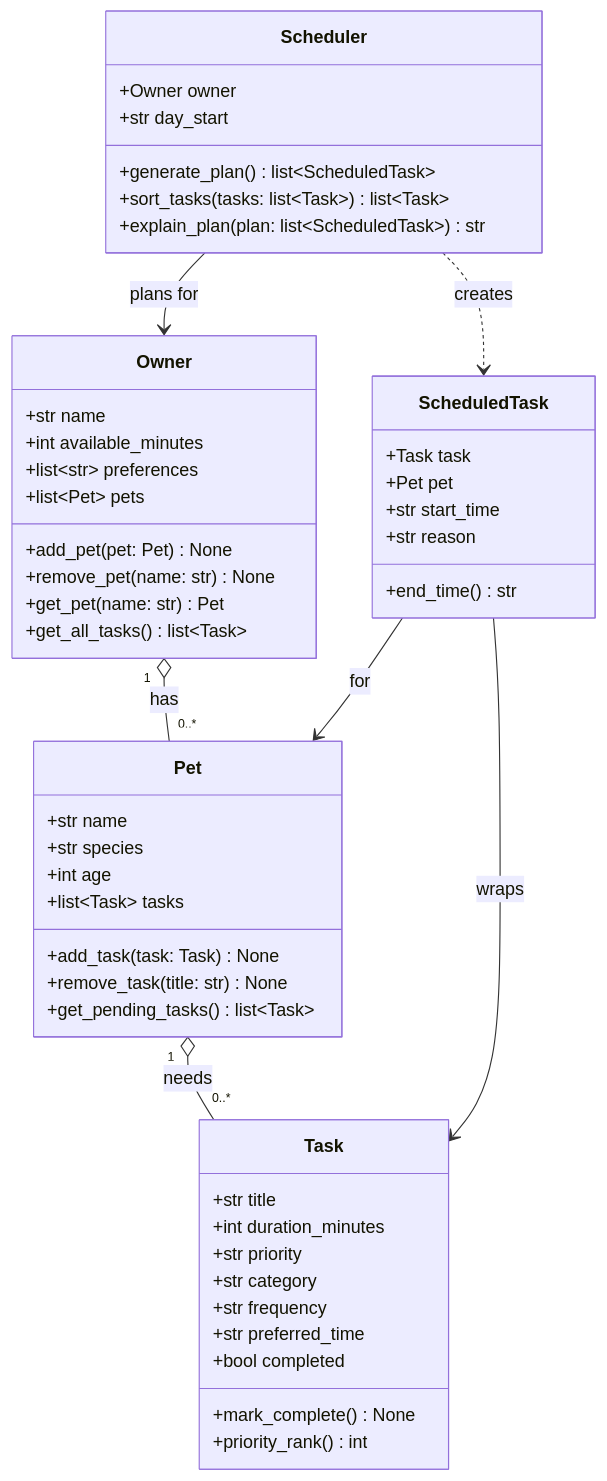
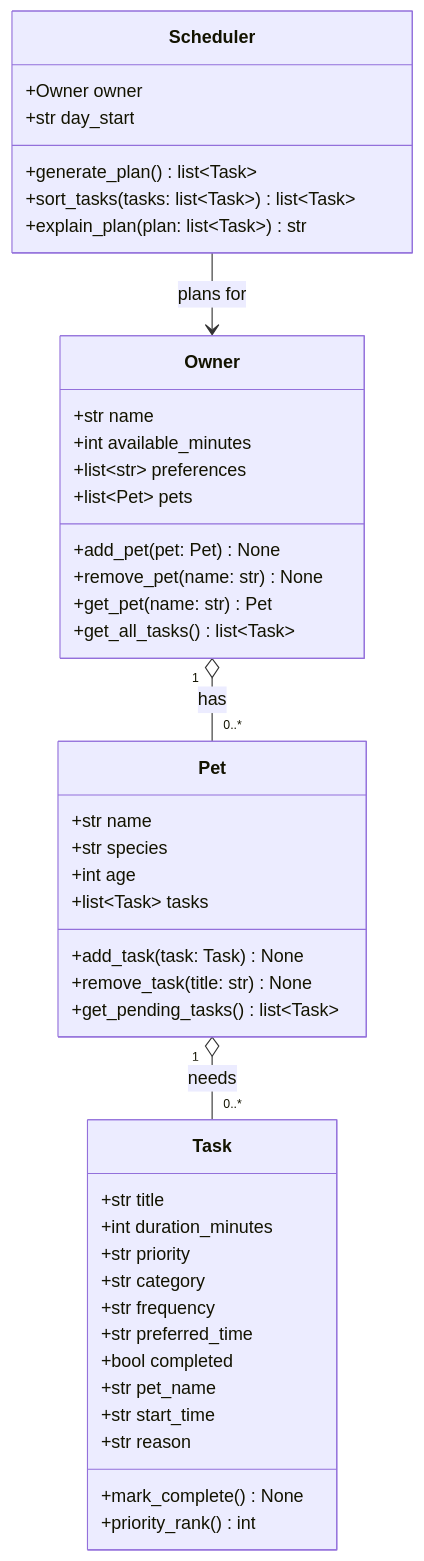
The diagram in diagrams/uml.mmd (scarlettval/ai110-module2show-pawpal-starter), drawn with Mermaid before and after one commit. The commit also changed 1 other file, not shown here.

Commit message:
UML diagram and reflection on initial design and design changes

```diff
--- a/diagrams/uml.mmd
+++ b/diagrams/uml.mmd
@@ -1,58 +1,50 @@
 classDiagram
     %% PawPal+ draft design (Phase 1). Keep this file updated so it matches the final implementation.
 
     class Owner {
         +str name
         +int available_minutes
         +list~str~ preferences
         +list~Pet~ pets
         +add_pet(pet: Pet) None
         +remove_pet(name: str) None
         +get_pet(name: str) Pet
         +get_all_tasks() list~Task~
     }
 
     class Pet {
         +str name
         +str species
         +int age
         +list~Task~ tasks
         +add_task(task: Task) None
         +remove_task(title: str) None
         +get_pending_tasks() list~Task~
     }
 
     class Task {
         +str title
         +int duration_minutes
         +str priority
         +str category
         +str frequency
         +str preferred_time
         +bool completed
+        +str pet_name
+        +str start_time
+        +str reason
         +mark_complete() None
         +priority_rank() int
     }
 
     class Scheduler {
         +Owner owner
         +str day_start
-        +generate_plan() list~ScheduledTask~
+        +generate_plan() list~Task~
         +sort_tasks(tasks: list~Task~) list~Task~
-        +explain_plan(plan: list~ScheduledTask~) str
-    }
-
-    class ScheduledTask {
-        +Task task
-        +Pet pet
-        +str start_time
-        +str reason
-        +end_time() str
+        +explain_plan(plan: list~Task~) str
     }
 
     Owner "1" o-- "0..*" Pet : has
     Pet "1" o-- "0..*" Task : needs
     Scheduler --> Owner : plans for
-    Scheduler ..> ScheduledTask : creates
-    ScheduledTask --> Task : wraps
-    ScheduledTask --> Pet : for
```
